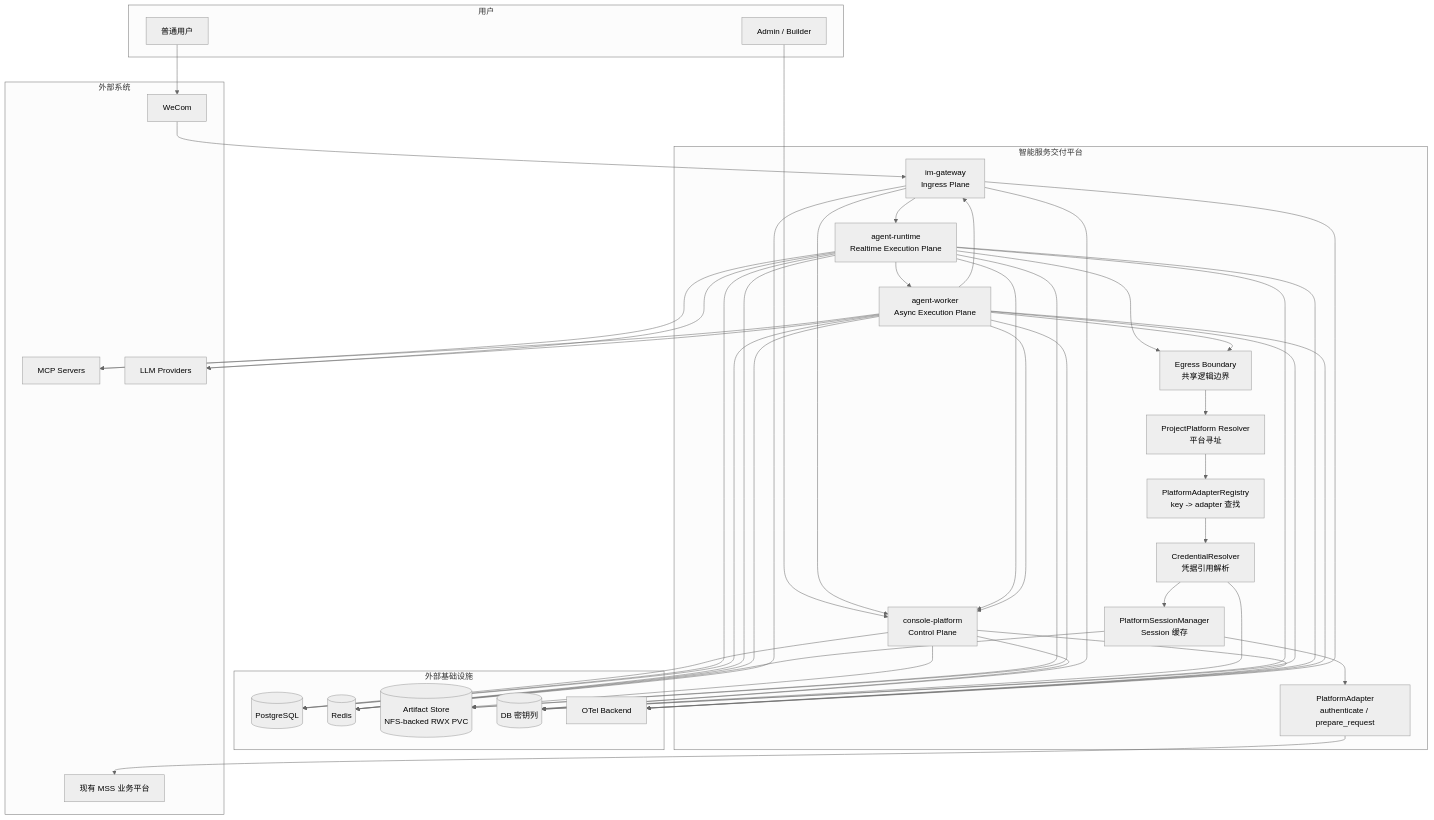
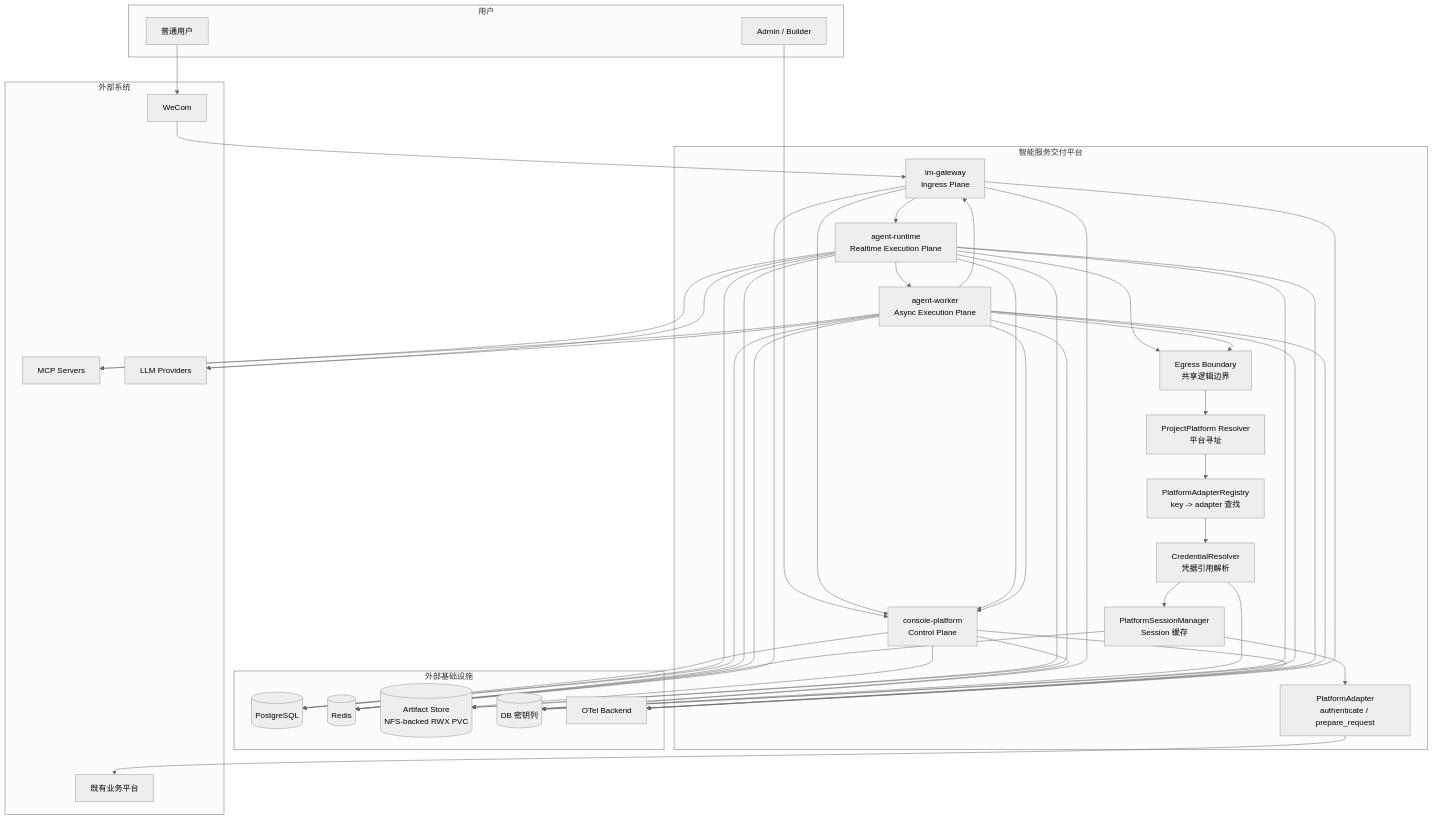
The first of 7 diagrams in docs/01-总体架构与部署详细设计.md (Michaelxwb/fluxion-harness), drawn with Mermaid (neutral theme) before and after one commit. The commit also changed 20 other files, not shown here.

````diff
--- a/docs/01-总体架构与部署详细设计.md
+++ b/docs/01-总体架构与部署详细设计.md
@@ -31,77 +31,77 @@
 ```mermaid
 flowchart TB
     subgraph Users[用户]
       AU[Admin / Builder]
       EU[普通用户]
     end
 
     subgraph MUAD[智能服务交付平台]
       CP[console-platform\nControl Plane]
       IG[im-gateway\nIngress Plane]
       AR[agent-runtime\nRealtime Execution Plane]
       AW[agent-worker\nAsync Execution Plane]
       EB[Egress Boundary\n共享逻辑边界]
       PP[ProjectPlatform Resolver\n平台寻址]
       PAR[PlatformAdapterRegistry\nkey -> adapter 查找]
       CR[CredentialResolver\n凭据引用解析]
       PSM[PlatformSessionManager\nSession 缓存]
       PA[PlatformAdapter\nauthenticate / prepare_request]
     end
 
     subgraph Infra[外部基础设施]
       PG[(PostgreSQL)]
       RD[(Redis)]
       OS[(Artifact Store\nNFS-backed RWX PVC)]
       SP[(DB 密钥列)]
       OT[OTel Backend]
     end
 
     subgraph External[外部系统]
       WECOM[WeCom]
-      BIZ[现有 MSS 业务平台]
+      BIZ[既有业务平台]
       MCP[MCP Servers]
       LLM[LLM Providers]
     end
 
     AU --> CP
     EU --> WECOM --> IG
     IG --> AR
     AR --> AW
     AW --> IG
     IG --> CP
     AR --> CP
     AW --> CP
     AR --> EB
     AW --> EB
     EB --> PP
     PP --> PAR
     PAR --> CR
     CR --> PSM
     PSM --> PA
     PA --> BIZ
     AR --> MCP
     AW --> MCP
     AR --> LLM
     AW --> LLM
 
     CP --> PG
     CP --> OS
     CP --> SP
     IG --> SP
     CR --> SP
     AR --> PG
     AW --> PG
     AR --> RD
     AW --> RD
     PSM --> RD
     AR --> OS
     AW --> OS
     AR --> SP
     AW --> SP
     IG --> RD
 
     CP --> OT
     AR --> OT
     AW --> OT
     IG --> OT
 ```
````
